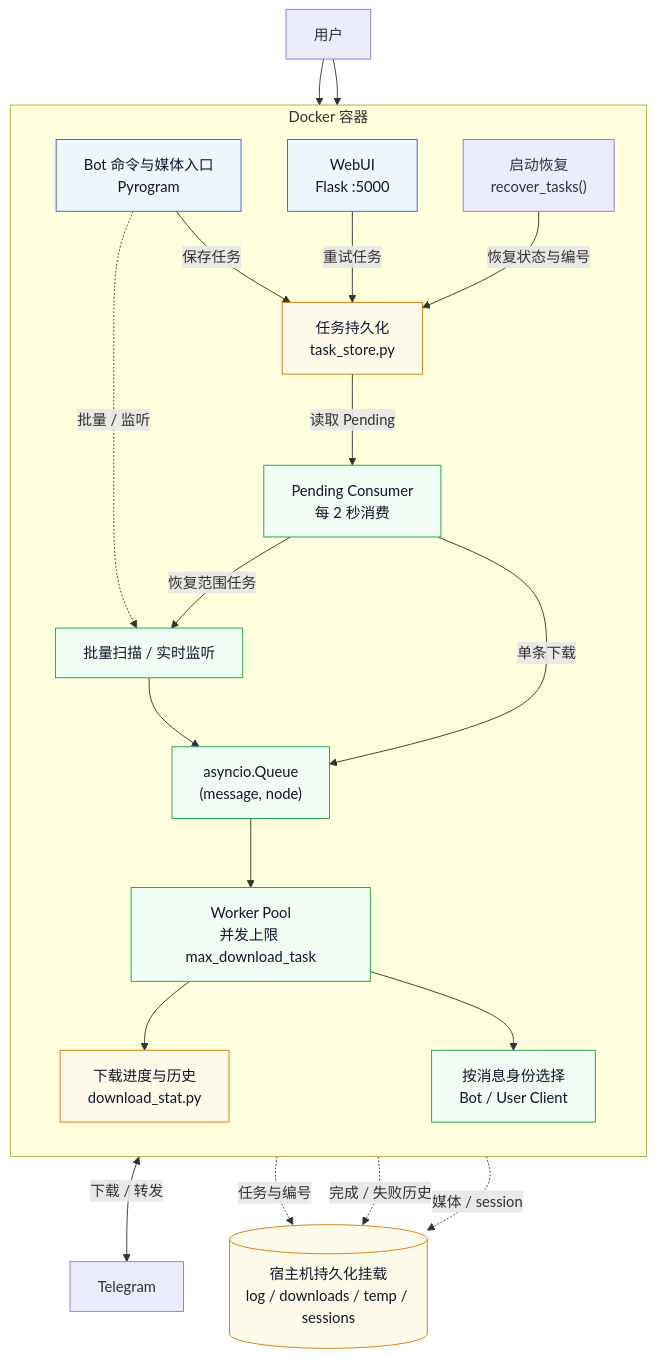
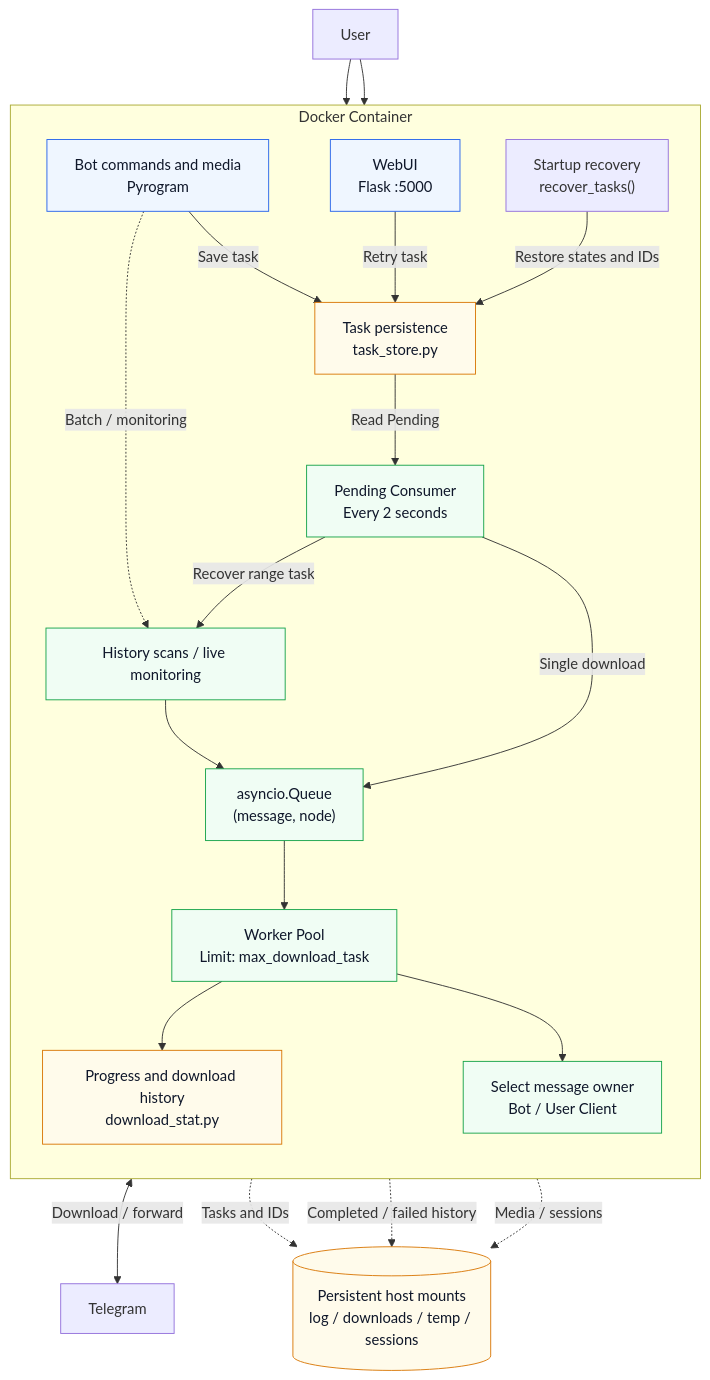
Before and after one commit to smilekevin/TGPorter: the first of 2 diagrams in README.md, drawn with Mermaid. The commit also changed other lines of this file and 1 other file, not shown here.

Commit message:
docs: reorganize bilingual READMEs and simplify Docker guidance

````diff
--- a/README.md
+++ b/README.md
@@ -143,46 +316,46 @@
 ```mermaid
 flowchart TB
-    User["用户"]
+    User["User"]
     Telegram["Telegram"]
 
-    subgraph Container["Docker 容器"]
+    subgraph Container["Docker Container"]
         direction TB
-        Bot["Bot 命令与媒体入口<br/>Pyrogram"]
+        Bot["Bot commands and media<br/>Pyrogram"]
         Web["WebUI<br/>Flask :5000"]
-        Store["任务持久化<br/>task_store.py"]
-        Recovery["启动恢复<br/>recover_tasks()"]
-        Consumer["Pending Consumer<br/>每 2 秒消费"]
-        Scan["批量扫描 / 实时监听"]
+        Store["Task persistence<br/>task_store.py"]
+        Recovery["Startup recovery<br/>recover_tasks()"]
+        Consumer["Pending Consumer<br/>Every 2 seconds"]
+        Scan["History scans / live monitoring"]
         Queue["asyncio.Queue<br/>(message, node)"]
-        Workers["Worker Pool<br/>并发上限 max_download_task"]
-        Clients["按消息身份选择<br/>Bot / User Client"]
-        Stats["下载进度与历史<br/>download_stat.py"]
+        Workers["Worker Pool<br/>Limit: max_download_task"]
+        Clients["Select message owner<br/>Bot / User Client"]
+        Stats["Progress and download history<br/>download_stat.py"]
     end
 
-    Data[("宿主机持久化挂载<br/>log / downloads / temp / sessions")]
+    Data[("Persistent host mounts<br/>log / downloads / temp / sessions")]
 
     User --> Bot
     User --> Web
-    Bot -->|保存任务| Store
-    Web -->|重试任务| Store
-    Recovery -->|恢复状态与编号| Store
-    Store -->|读取 Pending| Consumer
-    Consumer -->|单条下载| Queue
-    Consumer -->|恢复范围任务| Scan
-    Bot -.->|批量 / 监听| Scan
+    Bot -->|Save task| Store
+    Web -->|Retry task| Store
+    Recovery -->|Restore states and IDs| Store
+    Store -->|Read Pending| Consumer
+    Consumer -->|Single download| Queue
+    Consumer -->|Recover range task| Scan
+    Bot -.->|Batch / monitoring| Scan
     Scan --> Queue
     Queue --> Workers
     Workers --> Clients
-    Clients <-->|下载 / 转发| Telegram
+    Clients <-->|Download / forward| Telegram
     Workers --> Stats
-    Store -.->|任务与编号| Data
-    Stats -.->|完成 / 失败历史| Data
-    Clients -.->|媒体 / session| Data
+    Store -.->|Tasks and IDs| Data
+    Stats -.->|Completed / failed history| Data
+    Clients -.->|Media / sessions| Data
 
     classDef entry fill:#eff6ff,stroke:#2563eb,color:#0f172a
     classDef pipeline fill:#f0fdf4,stroke:#16a34a,color:#0f172a
     classDef storage fill:#fffbeb,stroke:#d97706,color:#0f172a
     class Bot,Web entry
     class Consumer,Scan,Queue,Workers,Clients pipeline
     class Store,Stats,Data storage
 ```
````
